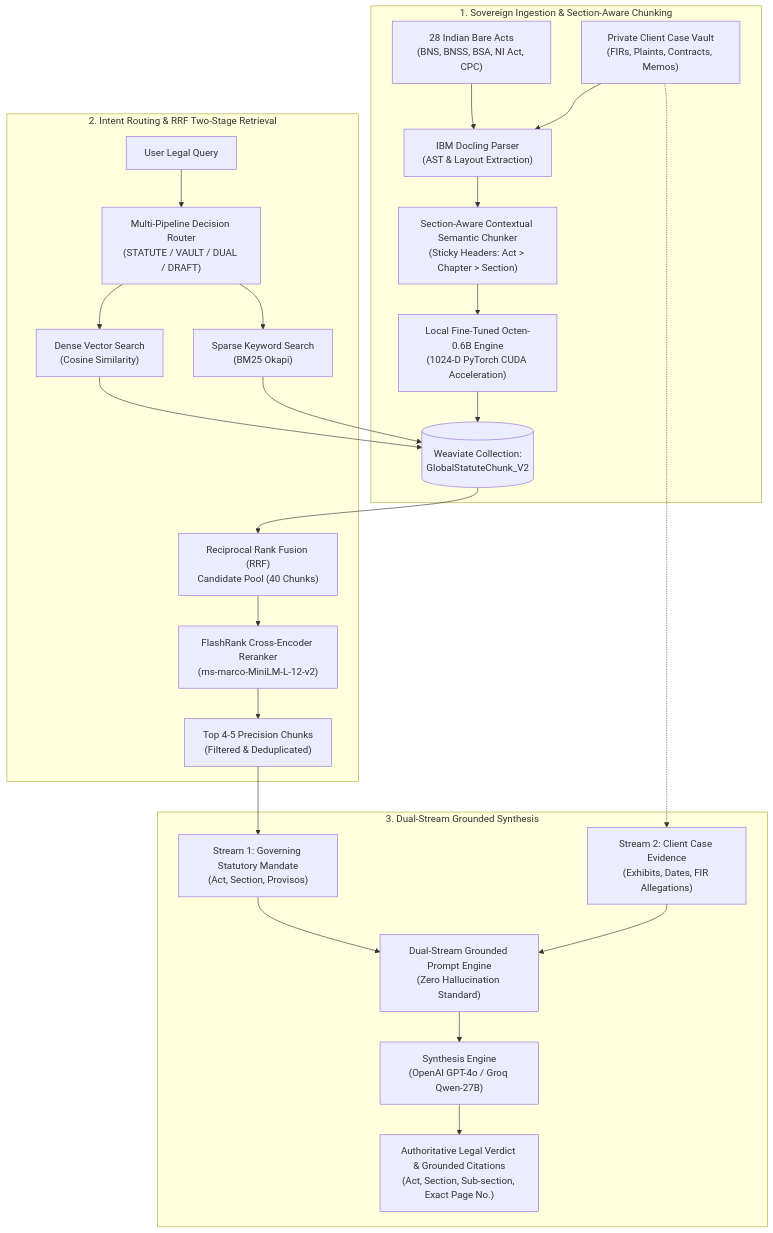
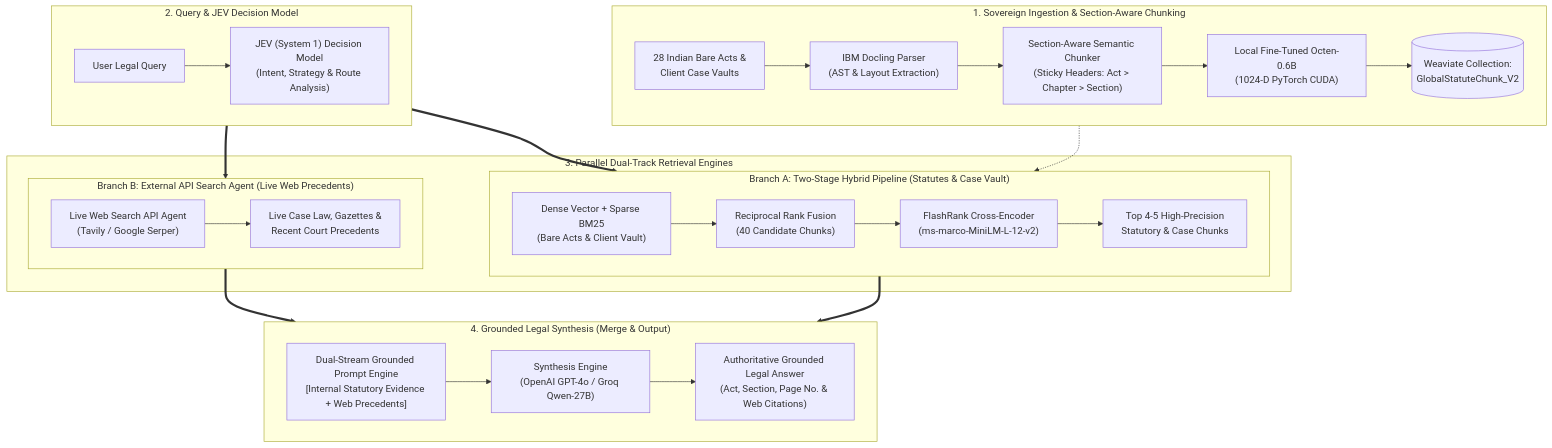
One commit to JaywardhanYadav/LegalDrishti-AI changed the second of 2 diagrams in README.md. Above: the diagram before and after it, drawn with Mermaid. The commit also changed other lines of this file, not shown here.

Commit message:
docs: integrate JEV (System 1) Decision Model and parallel Web Search API Agent into Version 2 architecture

````diff
--- a/README.md
+++ b/README.md
@@ -70,39 +69,35 @@
 ```mermaid
 flowchart TD
     subgraph INGEST_V2["1. Sovereign Ingestion & Section-Aware Chunking"]
-        STATUTES_V2["28 Indian Bare Acts\n(BNS, BNSS, BSA, NI Act, CPC)"]
-        VAULT_V2["Private Client Case Vault\n(FIRs, Plaints, Contracts, Memos)"]
-
-        STATUTES_V2 --> DOCLING["IBM Docling Parser\n(AST & Layout Extraction)"]
-        VAULT_V2 --> DOCLING
-        
-        DOCLING --> CHUNKER_V2["Section-Aware Contextual Semantic Chunker\n(Sticky Headers: Act > Chapter > Section)"]
-        CHUNKER_V2 --> EMBED_V2["Local Fine-Tuned Octen-0.6B Engine\n(1024-D PyTorch CUDA Acceleration)"]
-        EMBED_V2 --> WEAVIATE_V2[("Weaviate Collection:\nGlobalStatuteChunk_V2")]
+        direction LR
+        DOCS_V2["28 Indian Bare Acts &\nClient Case Vaults"] --> DOCLING["IBM Docling Parser\n(AST & Layout Extraction)"] --> CHUNKER_V2["Section-Aware Semantic Chunker\n(Sticky Headers: Act > Chapter > Section)"] --> EMBED_V2["Local Fine-Tuned Octen-0.6B\n(1024-D PyTorch CUDA)"] --> WEAVIATE_V2[("Weaviate Collection:\nGlobalStatuteChunk_V2")]
     end
 
-    subgraph RETRIEVE_V2["2. Intent Routing & RRF Two-Stage Retrieval"]
-        QUERY_V2["User Legal Query"] --> ROUTER_V2["Multi-Pipeline Decision Router\n(STATUTE / VAULT / DUAL / DRAFT)"]
-        
-        ROUTER_V2 --> DENSE_V2["Dense Vector Search\n(Cosine Similarity)"]
-        ROUTER_V2 --> BM25_V2["Sparse Keyword Search\n(BM25 Okapi)"]
-        
-        DENSE_V2 --> WEAVIATE_V2
-        BM25_V2 --> WEAVIATE_V2
-        
-        WEAVIATE_V2 --> RRF_V2["Reciprocal Rank Fusion (RRF)\nCandidate Pool (40 Chunks)"]
-        RRF_V2 --> FLASHRANK_V2["FlashRank Cross-Encoder Reranker\n(ms-marco-MiniLM-L-12-v2)"]
-        FLASHRANK_V2 --> TOP_V2["Top 4-5 Precision Chunks\n(Filtered & Deduplicated)"]
+    subgraph DECISION_V2["2. Query & JEV Decision Model"]
+        direction LR
+        USER_Q["User Legal Query"] --> JEV_ROUTER["JEV (System 1) Decision Model\n(Intent, Strategy & Route Analysis)"]
     end
 
-    subgraph GEN_V2["3. Dual-Stream Grounded Synthesis"]
-        TOP_V2 --> STREAM1_V2["Stream 1: Governing Statutory Mandate\n(Act, Section, Provisos)"]
-        VAULT_V2 -.-> STREAM2_V2["Stream 2: Client Case Evidence\n(Exhibits, Dates, FIR Allegations)"]
-        
-        STREAM1_V2 --> PROMPT_V2["Dual-Stream Grounded Prompt Engine\n(Zero Hallucination Standard)"]
-        STREAM2_V2 --> PROMPT_V2
-        
-        PROMPT_V2 --> SYNTHESIS_V2["Synthesis Engine\n(OpenAI GPT-4o / Groq Qwen-27B)"]
-        SYNTHESIS_V2 --> FINAL_V2["Authoritative Legal Verdict & Grounded Citations\n(Act, Section, Sub-section, Exact Page No.)"]
+    subgraph BRANCHES_V2["3. Parallel Dual-Track Retrieval Engines"]
+        subgraph PIPELINE_A["Branch A: Two-Stage Hybrid Pipeline (Statutes & Case Vault)"]
+            direction LR
+            HYBRID_SEARCH["Dense Vector + Sparse BM25\n(Bare Acts & Client Vault)"] --> RRF_FUSION["Reciprocal Rank Fusion\n(40 Candidate Chunks)"] --> FLASHRANK_V2["FlashRank Cross-Encoder\n(ms-marco-MiniLM-L-12-v2)"] --> TOP_INTERNAL["Top 4-5 High-Precision\nStatutory & Case Chunks"]
+        end
+
+        subgraph PIPELINE_B["Branch B: External API Search Agent (Live Web Precedents)"]
+            direction LR
+            WEB_AGENT["Live Web Search API Agent\n(Tavily / Google Serper)"] --> WEB_RESULTS["Live Case Law, Gazettes &\nRecent Court Precedents"]
+        end
     end
+
+    subgraph SYNTHESIS_V2["4. Grounded Legal Synthesis (Merge & Output)"]
+        direction LR
+        MERGE_PROMPT["Dual-Stream Grounded Prompt Engine\n[Internal Statutory Evidence + Web Precedents]"] --> LLM_GEN["Synthesis Engine\n(OpenAI GPT-4o / Groq Qwen-27B)"] --> FINAL_VERDICT["Authoritative Grounded Legal Answer\n(Act, Section, Page No. & Web Citations)"]
+    end
+
+    INGEST_V2 -.-> HYBRID_SEARCH
+    JEV_ROUTER ==> PIPELINE_A
+    JEV_ROUTER ==> PIPELINE_B
+    TOP_INTERNAL ==> MERGE_PROMPT
+    WEB_RESULTS ==> MERGE_PROMPT
 ```
````
